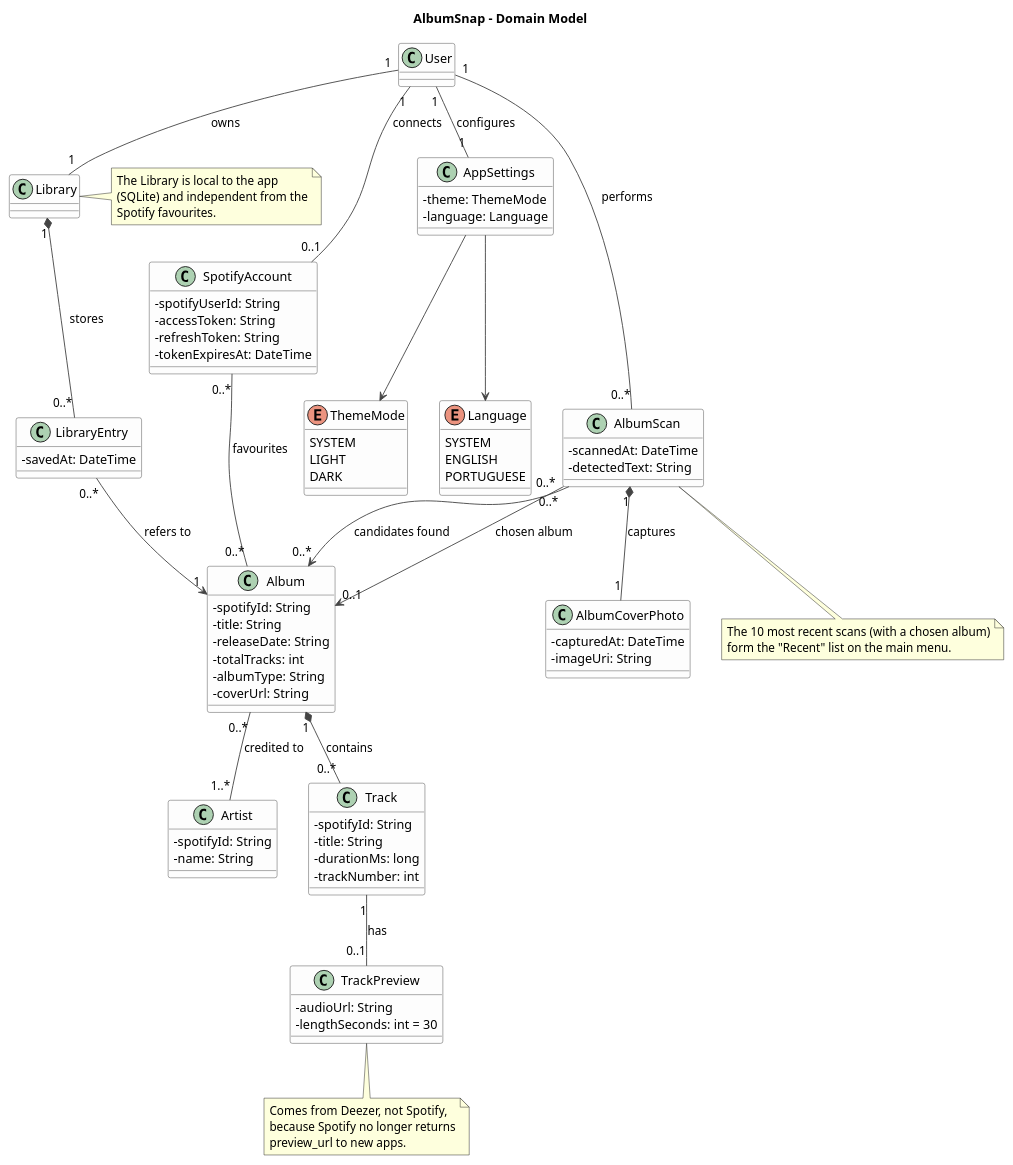
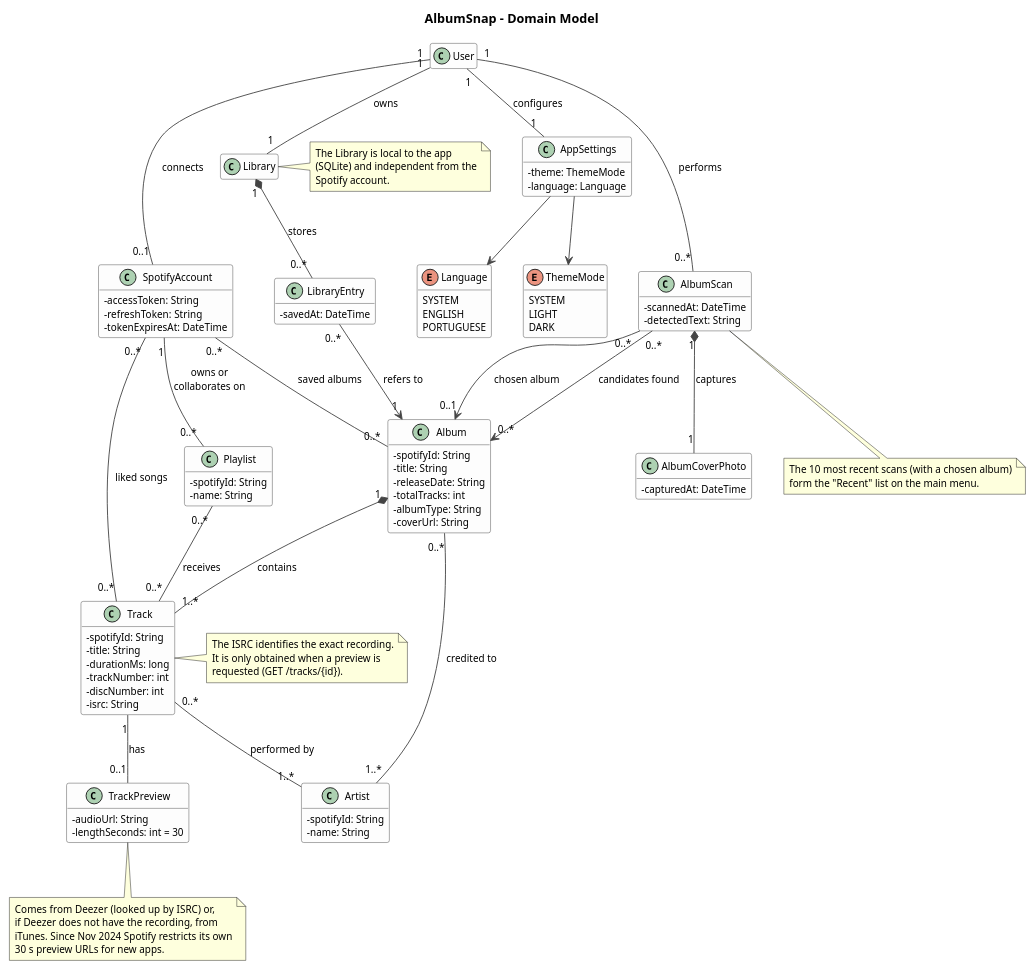
One commit to nunoc-isep/DSSMV_ProjectDroid_1251610_1241122 changed the diagram in docs/uml/domain_model.puml. Above: the diagram before and after it, drawn with PlantUML. The commit also changed 67 other files, not shown here.

Commit message:
Adição de novos diagramas e atualização dos antigos.

```diff
--- a/docs/uml/domain_model.puml
+++ b/docs/uml/domain_model.puml
@@ -1,134 +1,152 @@
-@startuml AlbumSnapDomainModel
+@startuml
 
 title AlbumSnap - Domain Model
 
 skinparam classAttributeIconSize 0
 skinparam shadowing false
 skinparam packageStyle rectangle
 skinparam classBackgroundColor #FDFDFD
 skinparam classBorderColor #444444
 skinparam ArrowColor #444444
+skinparam defaultFontSize 11
+hide empty members
 
 ' =========================
 ' USER AND ACCOUNT
 ' =========================
 class User {
 }
 
 class SpotifyAccount {
-  - spotifyUserId: String
   - accessToken: String
   - refreshToken: String
   - tokenExpiresAt: DateTime
 }
 
 class AppSettings {
   - theme: ThemeMode
   - language: Language
 }
 
 enum ThemeMode {
   SYSTEM
   LIGHT
   DARK
 }
 
 enum Language {
   SYSTEM
   ENGLISH
   PORTUGUESE
 }
 
 ' =========================
 ' SCANNING
 ' =========================
 class AlbumScan {
   - scannedAt: DateTime
   - detectedText: String
 }
 
 class AlbumCoverPhoto {
   - capturedAt: DateTime
-  - imageUri: String
 }
 
 ' =========================
 ' CATALOGUE
 ' =========================
 class Album {
   - spotifyId: String
   - title: String
   - releaseDate: String
   - totalTracks: int
   - albumType: String
   - coverUrl: String
 }
 
 class Artist {
   - spotifyId: String
   - name: String
 }
 
 class Track {
   - spotifyId: String
   - title: String
   - durationMs: long
   - trackNumber: int
+  - discNumber: int
+  - isrc: String
 }
 
 class TrackPreview {
   - audioUrl: String
   - lengthSeconds: int = 30
 }
 
 ' =========================
 ' PERSONAL COLLECTION
 ' =========================
 class Library {
 }
 
 class LibraryEntry {
   - savedAt: DateTime
 }
 
+class Playlist {
+  - spotifyId: String
+  - name: String
+}
+
 ' =========================
 ' RELATIONSHIPS
 ' =========================
 User "1" -- "0..1" SpotifyAccount : connects
 User "1" -- "1" AppSettings : configures
 AppSettings --> ThemeMode
 AppSettings --> Language
 
 User "1" -- "0..*" AlbumScan : performs
 AlbumScan "1" *-- "1" AlbumCoverPhoto : captures
 AlbumScan "0..*" --> "0..*" Album : candidates found
 AlbumScan "0..*" --> "0..1" Album : chosen album
 
 Album "0..*" -- "1..*" Artist : credited to
-Album "1" *-- "0..*" Track : contains
+Album "1" *-- "1..*" Track : contains
+Track "0..*" -- "1..*" Artist : performed by
 Track "1" -- "0..1" TrackPreview : has
 
 User "1" -- "1" Library : owns
 Library "1" *-- "0..*" LibraryEntry : stores
 LibraryEntry "0..*" --> "1" Album : refers to
 
-SpotifyAccount "0..*" -- "0..*" Album : favourites
+SpotifyAccount "0..*" -- "0..*" Album : saved albums
+SpotifyAccount "0..*" -- "0..*" Track : liked songs
+SpotifyAccount "1" -- "0..*" Playlist : owns or\ncollaborates on
+Playlist "0..*" -- "0..*" Track : receives
 
 note bottom of AlbumScan
   The 10 most recent scans (with a chosen album)
   form the "Recent" list on the main menu.
 end note
 
 note bottom of TrackPreview
-  Comes from Deezer, not Spotify,
-  because Spotify no longer returns
-  preview_url to new apps.
+  Comes from Deezer (looked up by ISRC) or,
+  if Deezer does not have the recording, from
+  iTunes. Since Nov 2024 Spotify restricts its own
+  30 s preview URLs for new apps.
+end note
+
+note right of Track
+  The ISRC identifies the exact recording.
+  It is only obtained when a preview is
+  requested (GET /tracks/{id}).
 end note
 
 note right of Library
   The Library is local to the app
   (SQLite) and independent from the
-  Spotify favourites.
+  Spotify account.
 end note
 
 @enduml
```
